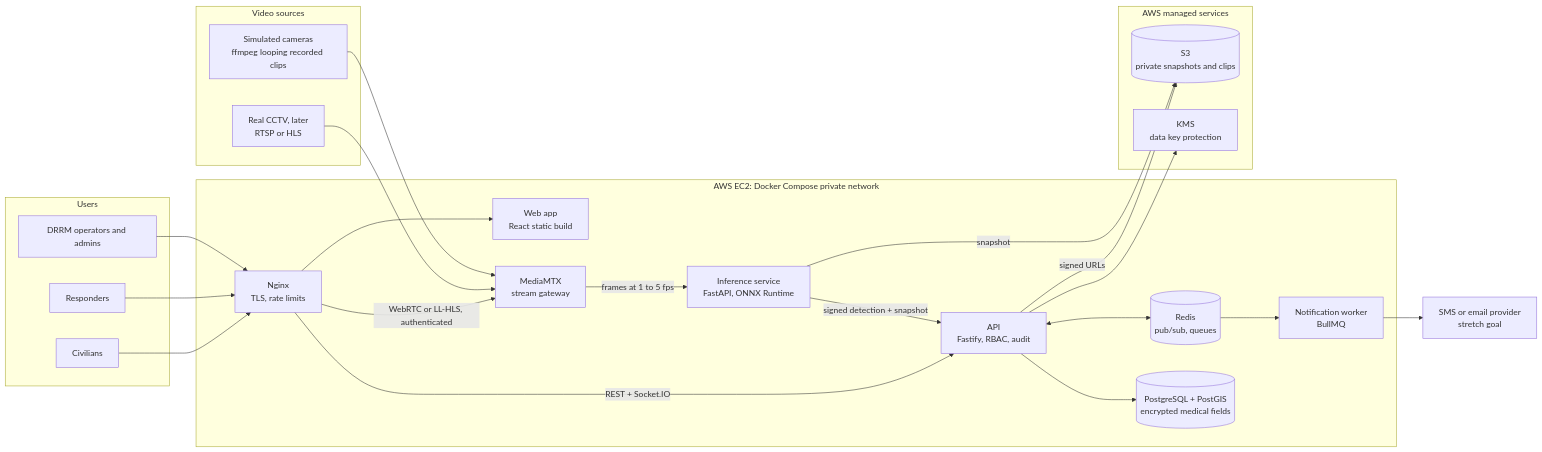
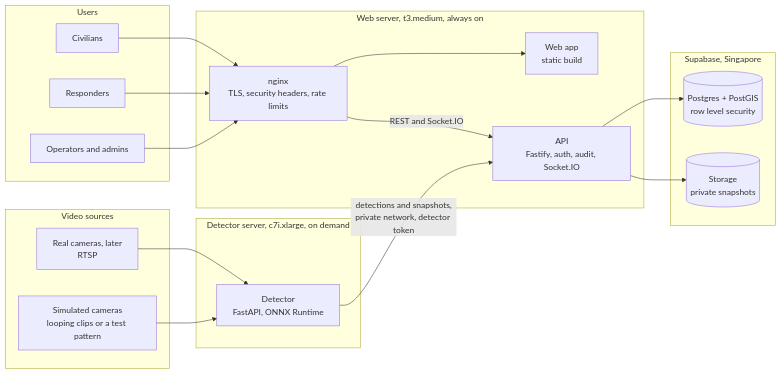
Before and after one commit to Angelo55/BantayBuhay-DRRM: the first of 2 diagrams in docs/phase-0/INFRASTRUCTURE.md, drawn with Mermaid. The commit also changed other lines of this file and 5 other files, not shown here.

````diff
--- a/docs/phase-0/INFRASTRUCTURE.md
+++ b/docs/phase-0/INFRASTRUCTURE.md
@@ -23,49 +34,39 @@
 ```mermaid
 flowchart LR
   subgraph Sources["Video sources"]
-    SIM["Simulated cameras<br/>ffmpeg looping recorded clips"]
-    CAM["Real CCTV, later<br/>RTSP or HLS"]
+    SIM["Simulated cameras<br/>looping clips or a test pattern"]
+    CAM["Real cameras, later<br/>RTSP"]
   end
 
-  subgraph Host["AWS EC2: Docker Compose private network"]
-    NGINX["Nginx<br/>TLS, rate limits"]
-    WEB["Web app<br/>React static build"]
-    API["API<br/>Fastify, RBAC, audit"]
-    WORKER["Notification worker<br/>BullMQ"]
-    MTX["MediaMTX<br/>stream gateway"]
-    INF["Inference service<br/>FastAPI, ONNX Runtime"]
-    REDIS[("Redis<br/>pub/sub, queues")]
-    PG[("PostgreSQL + PostGIS<br/>encrypted medical fields")]
+  subgraph Web["Web server, t3.medium, always on"]
+    NGINX["nginx<br/>TLS, security headers, rate limits"]
+    WEB["Web app<br/>static build"]
+    API["API<br/>Fastify, auth, audit, Socket.IO"]
   end
 
-  subgraph AWS["AWS managed services"]
-    S3[("S3<br/>private snapshots and clips")]
-    KMS["KMS<br/>data key protection"]
+  subgraph Det["Detector server, c7i.xlarge, on demand"]
+    INF["Detector<br/>FastAPI, ONNX Runtime"]
   end
 
-  subgraph Clients["Users"]
-    OPS["DRRM operators and admins"]
+  subgraph Supa["Supabase, Singapore"]
+    PG[("Postgres + PostGIS<br/>row level security")]
+    ST[("Storage<br/>private snapshots")]
+  end
+
+  subgraph Users["Users"]
+    OPS["Operators and admins"]
     RESP["Responders"]
     CIV["Civilians"]
   end
 
-  SMS["SMS or email provider<br/>stretch goal"]
-
-  SIM --> MTX
-  CAM --> MTX
-  MTX -- "frames at 1 to 5 fps" --> INF
-  INF -- "signed detection + snapshot" --> API
-  INF -- "snapshot" --> S3
+  SIM --> INF
+  CAM --> INF
+  INF -- "detections and snapshots,<br/>private network, detector token" --> API
   API --> PG
-  API <--> REDIS
-  API --> KMS
-  API -- "signed URLs" --> S3
-  REDIS --> WORKER
-  WORKER --> SMS
+  API --> ST
   OPS --> NGINX
   RESP --> NGINX
   CIV --> NGINX
   NGINX --> WEB
-  NGINX -- "REST + Socket.IO" --> API
-  NGINX -- "WebRTC or LL-HLS, authenticated" --> MTX
+  NGINX -- "REST and Socket.IO" --> API
 ```
````
